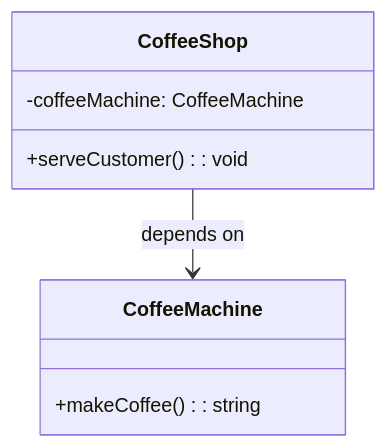
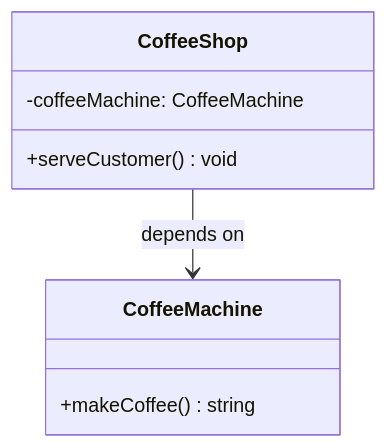
Before and after one commit to Bosh-Kuo/Bosh-Docusaurus-Dev-Notes: the first of 5 diagrams in docs/14-Design-Patterns/01-di-ioc-dip.md, drawn with Mermaid. The commit also changed other lines of this file and 2 other files, not shown here.

````diff
--- a/docs/14-Design-Patterns/01-di-ioc-dip.md
+++ b/docs/14-Design-Patterns/01-di-ioc-dip.md
@@ -88,13 +88,13 @@
 ```mermaid
 classDiagram
     class CoffeeMachine {
-      +makeCoffee(): string
+      +makeCoffee() string
     }
     
     class CoffeeShop {
       -coffeeMachine: CoffeeMachine
-      +serveCustomer(): void
+      +serveCustomer() void
     }
 
     CoffeeShop --> CoffeeMachine : depends on
 ```
````
